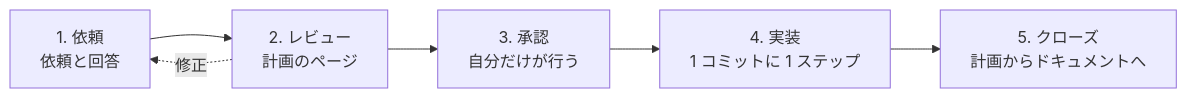
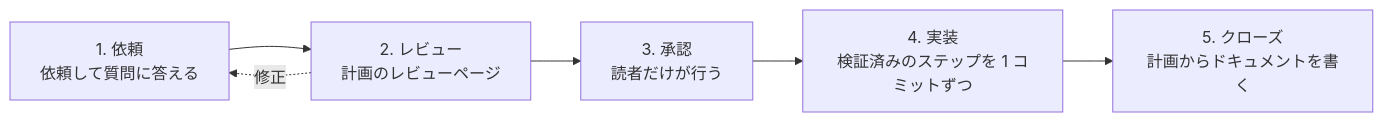
One commit to gurenjs/guren changed the second of 2 diagrams in docs/ja/agent-course/00-overview.md. Above: the diagram before and after it, drawn with Mermaid. The commit also changed other lines of this file and 80 other files, not shown here.

````diff
--- a/docs/ja/agent-course/00-overview.md
+++ b/docs/ja/agent-course/00-overview.md
@@ -33,10 +33,10 @@
 ```mermaid
 flowchart LR
-  Ask["1. 依頼<br/>依頼と回答"]
-  Review["2. レビュー<br/>計画のページ"]
-  Approve["3. 承認<br/>自分だけが行う"]
-  Build["4. 実装<br/>1 コミットに 1 ステップ"]
-  Close["5. クローズ<br/>計画からドキュメントへ"]
+  Ask["1. 依頼<br/>依頼して質問に答える"]
+  Review["2. レビュー<br/>計画のレビューページ"]
+  Approve["3. 承認<br/>読者だけが行う"]
+  Build["4. 実装<br/>検証済みのステップを 1 コミットずつ"]
+  Close["5. クローズ<br/>計画からドキュメントを書く"]
   Ask --> Review --> Approve --> Build --> Close
   Review -. "修正" .-> Ask
 ```
````
